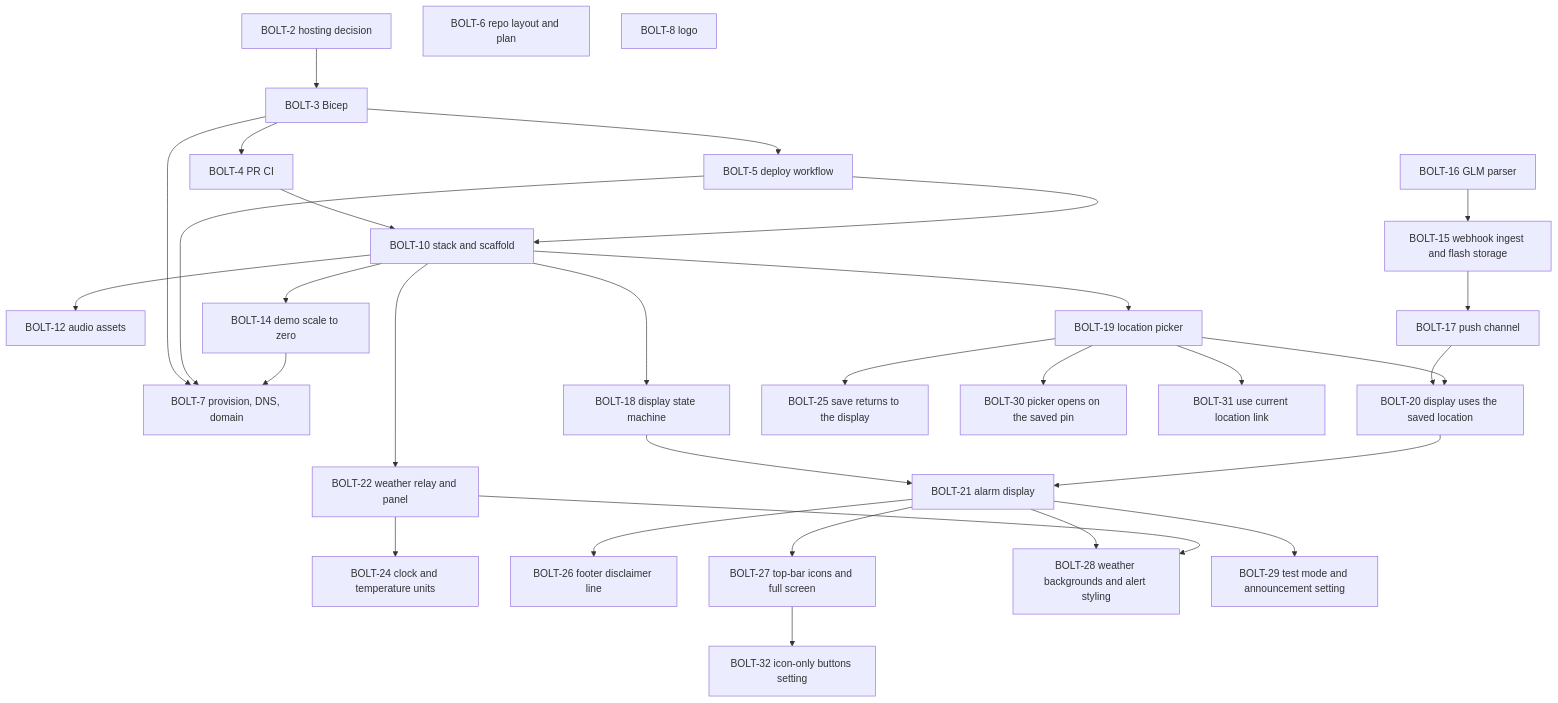
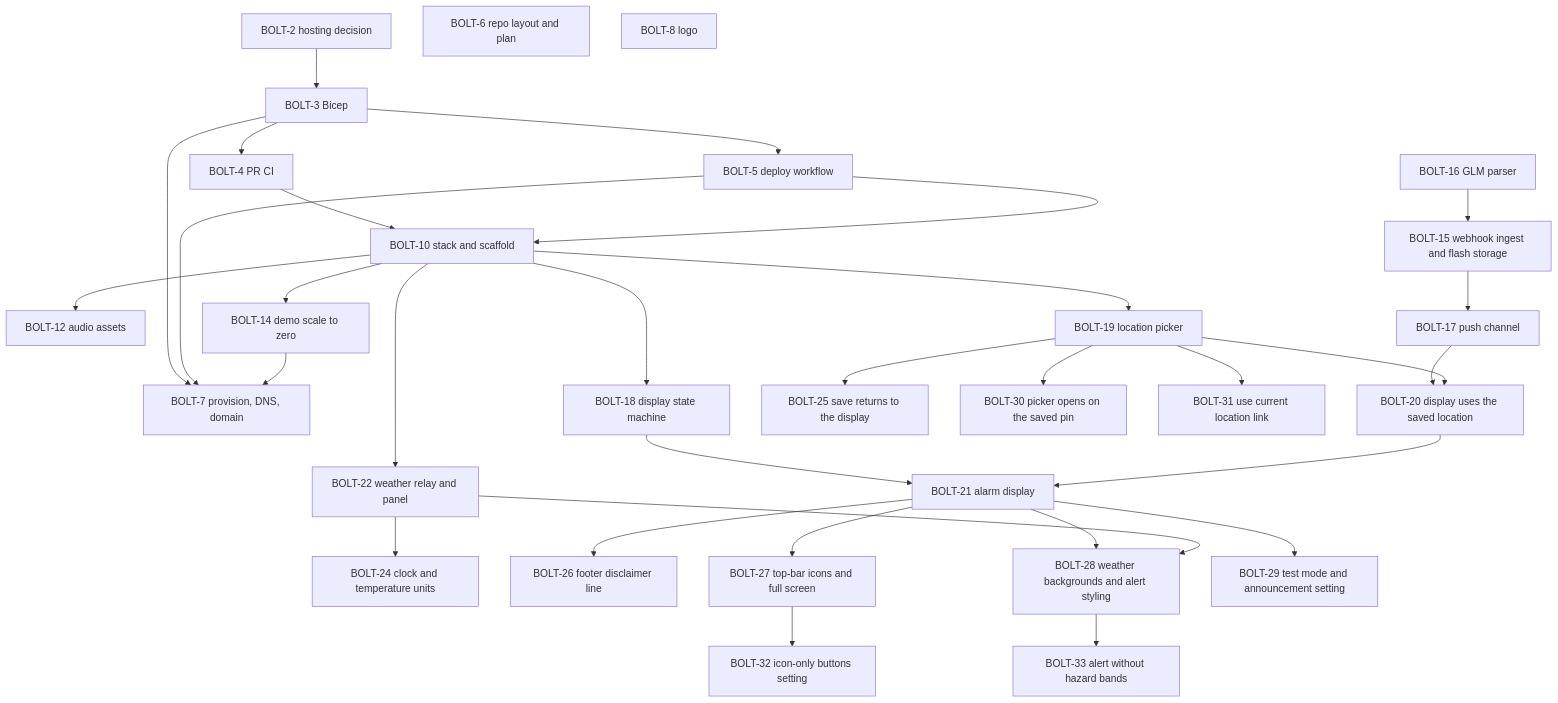
One commit to henrique-meyer/boltclock changed the diagram in docs/plan.md. Above: the diagram before and after it, drawn with Mermaid. The commit also changed other lines of this file and 2 other files, not shown here.

First line of the commit message:
BOLT-33 Alert screen without hazard bands

````diff
--- a/docs/plan.md
+++ b/docs/plan.md
@@ -15,59 +15,61 @@
 ```mermaid
 flowchart TD
   s2[BOLT-2 hosting decision]
   s3[BOLT-3 Bicep]
   s4[BOLT-4 PR CI]
   s5[BOLT-5 deploy workflow]
   s6[BOLT-6 repo layout and plan]
   s7[BOLT-7 provision, DNS, domain]
   s8[BOLT-8 logo]
   s10[BOLT-10 stack and scaffold]
   s12[BOLT-12 audio assets]
   s14[BOLT-14 demo scale to zero]
   s15[BOLT-15 webhook ingest and flash storage]
   s16[BOLT-16 GLM parser]
   s17[BOLT-17 push channel]
   s18[BOLT-18 display state machine]
   s19[BOLT-19 location picker]
   s20[BOLT-20 display uses the saved location]
   s21[BOLT-21 alarm display]
   s22[BOLT-22 weather relay and panel]
   s24[BOLT-24 clock and temperature units]
   s25[BOLT-25 save returns to the display]
   s26[BOLT-26 footer disclaimer line]
   s27[BOLT-27 top-bar icons and full screen]
   s28[BOLT-28 weather backgrounds and alert styling]
   s30[BOLT-30 picker opens on the saved pin]
   s29[BOLT-29 test mode and announcement setting]
   s32[BOLT-32 icon-only buttons setting]
   s31[BOLT-31 use current location link]
+  s33[BOLT-33 alert without hazard bands]
   s2 --> s3
   s4 --> s10
   s5 --> s10
   s3 --> s4
   s3 --> s5
   s3 --> s7
   s5 --> s7
   s10 --> s12
   s10 --> s14
   s14 --> s7
   s16 --> s15
   s15 --> s17
   s10 --> s18
   s10 --> s19
   s17 --> s20
   s19 --> s20
   s18 --> s21
   s20 --> s21
   s10 --> s22
   s22 --> s24
   s19 --> s25
   s21 --> s26
   s21 --> s27
   s21 --> s28
   s22 --> s28
   s19 --> s30
   s21 --> s29
   s27 --> s32
   s19 --> s31
+  s28 --> s33
 ```
````
